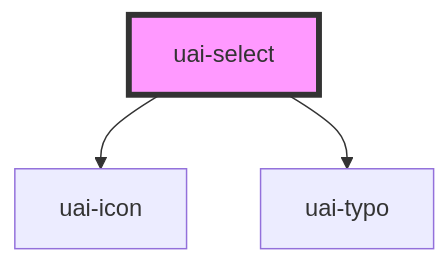
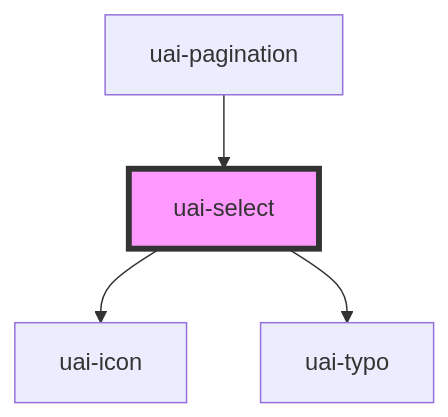
One commit to takenet/blip-ds changed the diagram in src/components/uai-select/readme.md. Above: the diagram before and after it, drawn with Mermaid. The commit also changed other lines of this file and 20 other files, not shown here.

First line of the commit message:
feat: add UAI pagination and deprecate bds-pagination FROH-91

````diff
--- a/src/components/uai-select/readme.md
+++ b/src/components/uai-select/readme.md
@@ -104,6 +108,7 @@
 ```mermaid
 graph TD;
   uai-select --> uai-icon
   uai-select --> uai-typo
+  uai-pagination --> uai-select
   style uai-select fill:#f9f,stroke:#333,stroke-width:4px
 ```
````
